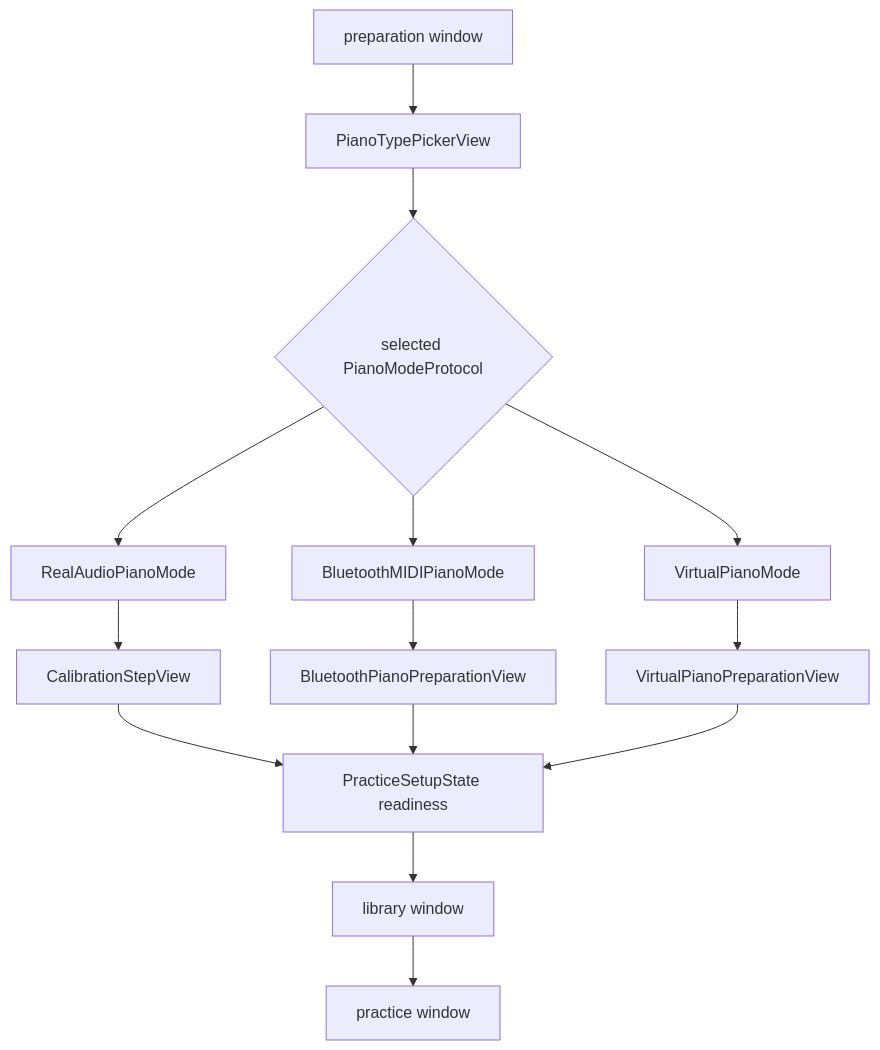
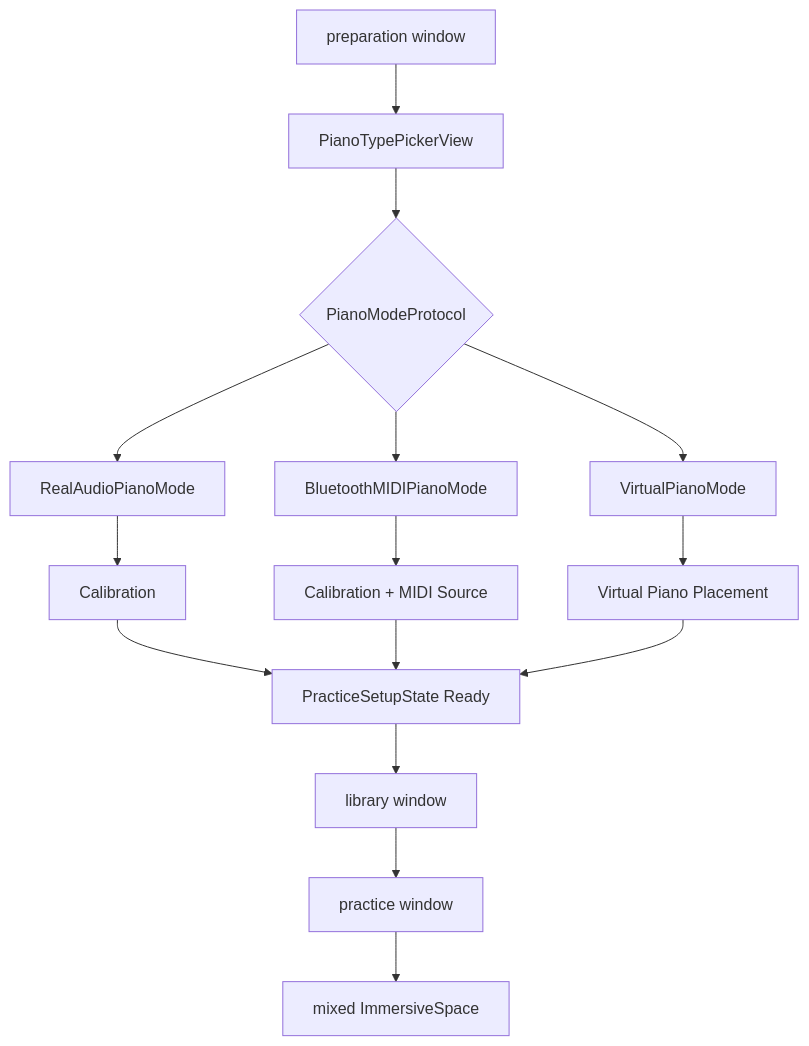
The first of 4 diagrams in docs/data-flow.md (chiimagnus/HappyPianist), drawn with Mermaid before and after one commit. The commit also changed other lines of this file and 14 other files, not shown here.

````diff
--- a/docs/data-flow.md
+++ b/docs/data-flow.md
@@ -46,16 +19,17 @@
 ```mermaid
 flowchart TD
   A[preparation window] --> B[PianoTypePickerView]
-  B --> C{selected PianoModeProtocol}
+  B --> C{PianoModeProtocol}
   C --> D[RealAudioPianoMode]
   C --> E[BluetoothMIDIPianoMode]
   C --> F[VirtualPianoMode]
-  D --> G[CalibrationStepView]
-  E --> H[BluetoothPianoPreparationView]
-  F --> I[VirtualPianoPreparationView]
-  G --> J[PracticeSetupState readiness]
+  D --> G[Calibration]
+  E --> H[Calibration + MIDI Source]
+  F --> I[Virtual Piano Placement]
+  G --> J[PracticeSetupState Ready]
   H --> J
   I --> J
   J --> K[library window]
   K --> L[practice window]
+  L --> M[mixed ImmersiveSpace]
 ```
````
